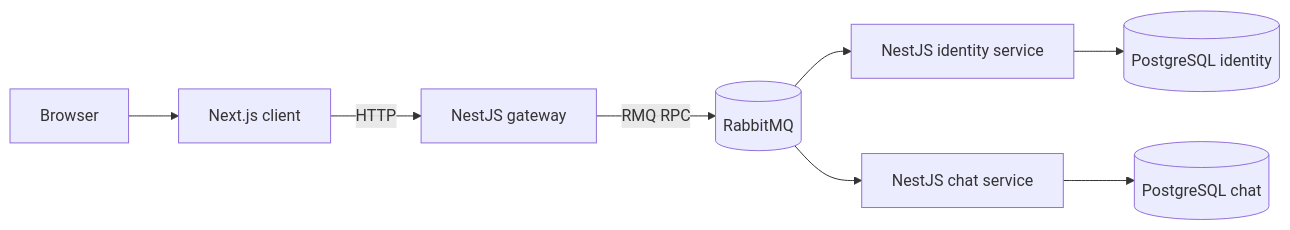
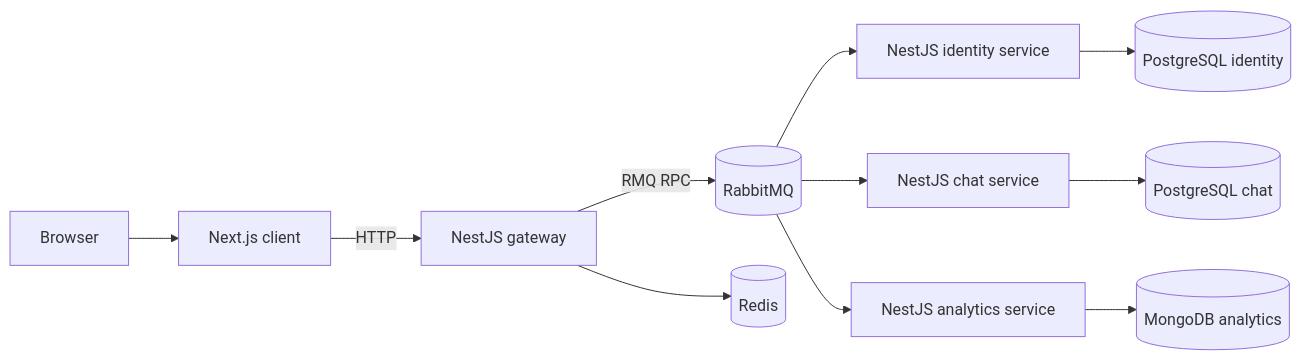
The first of 4 diagrams in docs/architecture.md (eamtcPROG/DASI), drawn with Mermaid before and after one commit. The commit also changed other lines of this file and 1 other file, not shown here.

````diff
--- a/docs/architecture.md
+++ b/docs/architecture.md
@@ -7,19 +7,27 @@
 ```mermaid
 flowchart LR
     Browser[Browser]
     Client[Next.js client]
     Gateway[NestJS gateway]
     Identity[NestJS identity service]
     Chat[NestJS chat service]
+    Analytics[NestJS analytics service]
     RabbitMQ[(RabbitMQ)]
+    Redis[(Redis)]
     IdentityDB[(PostgreSQL identity)]
     ChatDB[(PostgreSQL chat)]
+    AnalyticsDB[(MongoDB analytics)]
 
     Browser --> Client
     Client -->|HTTP| Gateway
+
     Gateway -->|RMQ RPC| RabbitMQ
     RabbitMQ --> Identity
     RabbitMQ --> Chat
+    RabbitMQ --> Analytics
+
+    Gateway --> Redis
     Identity --> IdentityDB
     Chat --> ChatDB
+    Analytics --> AnalyticsDB
 ```
````
